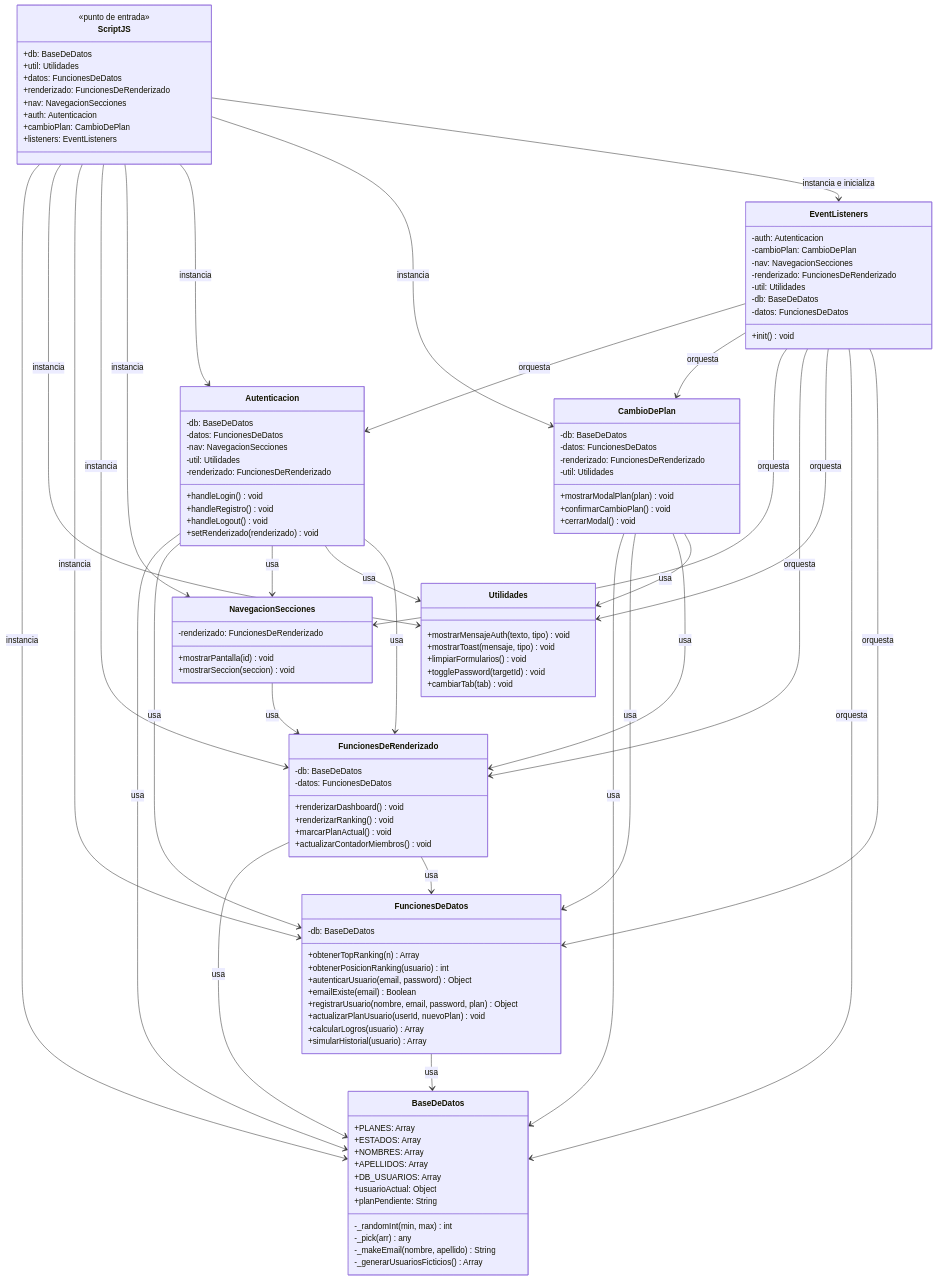
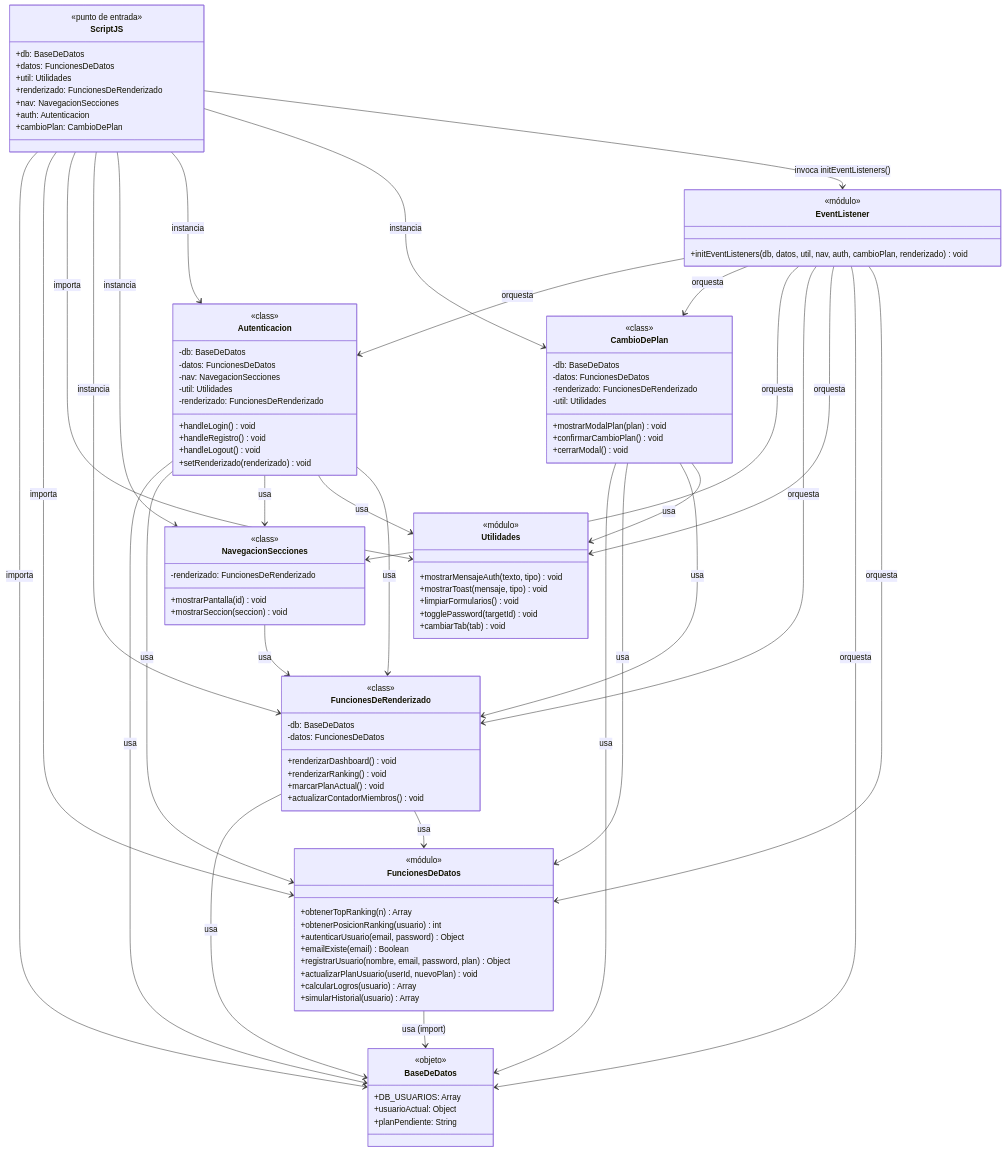
One commit to GastonMagarinos/Manejodeissuesconclases changed the diagram in README.md. Above: the diagram before and after it, drawn with Mermaid. The commit also changed other lines of this file and 9 other files, not shown here.

Commit message:
fix the conexions and replace UML in readme

````diff
--- a/README.md
+++ b/README.md
@@ -56,21 +59,14 @@
 ```mermaid
 classDiagram
     class BaseDeDatos {
-        +PLANES: Array
-        +ESTADOS: Array
-        +NOMBRES: Array
-        +APELLIDOS: Array
+        <<objeto>>
         +DB_USUARIOS: Array
         +usuarioActual: Object
         +planPendiente: String
-        -_randomInt(min, max) int
-        -_pick(arr) any
-        -_makeEmail(nombre, apellido) String
-        -_generarUsuariosFicticios() Array
     }
 
     class FuncionesDeDatos {
-        -db: BaseDeDatos
+        <<módulo>>
         +obtenerTopRanking(n) Array
         +obtenerPosicionRanking(usuario) int
         +autenticarUsuario(email, password) Object
@@ -82,6 +78,7 @@
     }
 
     class FuncionesDeRenderizado {
+        <<class>>
         -db: BaseDeDatos
         -datos: FuncionesDeDatos
         +renderizarDashboard() void
@@ -91,12 +88,14 @@
     }
 
     class NavegacionSecciones {
+        <<class>>
         -renderizado: FuncionesDeRenderizado
         +mostrarPantalla(id) void
         +mostrarSeccion(seccion) void
     }
 
     class Autenticacion {
+        <<class>>
         -db: BaseDeDatos
         -datos: FuncionesDeDatos
         -nav: NavegacionSecciones
@@ -109,6 +108,7 @@
     }
 
     class CambioDePlan {
+        <<class>>
         -db: BaseDeDatos
         -datos: FuncionesDeDatos
         -renderizado: FuncionesDeRenderizado
@@ -119,6 +119,7 @@
     }
 
     class Utilidades {
+        <<módulo>>
         +mostrarMensajeAuth(texto, tipo) void
         +mostrarToast(mensaje, tipo) void
         +limpiarFormularios() void
@@ -126,18 +127,12 @@
         +cambiarTab(tab) void
     }
 
-    class EventListeners {
-        -auth: Autenticacion
-        -cambioPlan: CambioDePlan
-        -nav: NavegacionSecciones
-        -renderizado: FuncionesDeRenderizado
-        -util: Utilidades
-        -db: BaseDeDatos
-        -datos: FuncionesDeDatos
-        +init() void
+    class EventListener {
+        <<módulo>>
+        +initEventListeners(db, datos, util, nav, auth, cambioPlan, renderizado) void
     }
 
-    FuncionesDeDatos --> BaseDeDatos : usa
+    FuncionesDeDatos --> BaseDeDatos : usa (import)
     FuncionesDeRenderizado --> BaseDeDatos : usa
     FuncionesDeRenderizado --> FuncionesDeDatos : usa
     NavegacionSecciones --> FuncionesDeRenderizado : usa
@@ -150,32 +145,31 @@
     CambioDePlan --> FuncionesDeDatos : usa
     CambioDePlan --> FuncionesDeRenderizado : usa
     CambioDePlan --> Utilidades : usa
-    EventListeners --> Autenticacion : orquesta
-    EventListeners --> CambioDePlan : orquesta
-    EventListeners --> NavegacionSecciones : orquesta
-    EventListeners --> FuncionesDeRenderizado : orquesta
-    EventListeners --> Utilidades : orquesta
-    EventListeners --> BaseDeDatos : orquesta
-    EventListeners --> FuncionesDeDatos : orquesta
+    EventListener --> Autenticacion : orquesta
+    EventListener --> CambioDePlan : orquesta
+    EventListener --> NavegacionSecciones : orquesta
+    EventListener --> FuncionesDeRenderizado : orquesta
+    EventListener --> Utilidades : orquesta
+    EventListener --> BaseDeDatos : orquesta
+    EventListener --> FuncionesDeDatos : orquesta
 
     class ScriptJS {
         <<punto de entrada>>
         +db: BaseDeDatos
+        +datos: FuncionesDeDatos
         +util: Utilidades
-        +datos: FuncionesDeDatos
         +renderizado: FuncionesDeRenderizado
         +nav: NavegacionSecciones
         +auth: Autenticacion
         +cambioPlan: CambioDePlan
-        +listeners: EventListeners
     }
 
-    ScriptJS --> BaseDeDatos : instancia
-    ScriptJS --> Utilidades : instancia
-    ScriptJS --> FuncionesDeDatos : instancia
+    ScriptJS --> BaseDeDatos : importa
+    ScriptJS --> FuncionesDeDatos : importa
+    ScriptJS --> Utilidades : importa
     ScriptJS --> FuncionesDeRenderizado : instancia
     ScriptJS --> NavegacionSecciones : instancia
     ScriptJS --> Autenticacion : instancia
     ScriptJS --> CambioDePlan : instancia
-    ScriptJS --> EventListeners : instancia e inicializa
+    ScriptJS --> EventListener : invoca initEventListeners()
 ```
````
